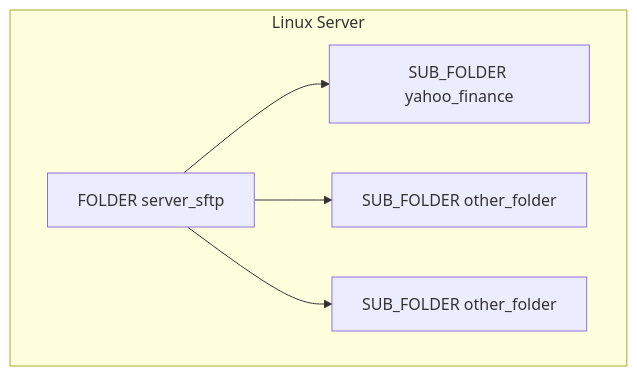
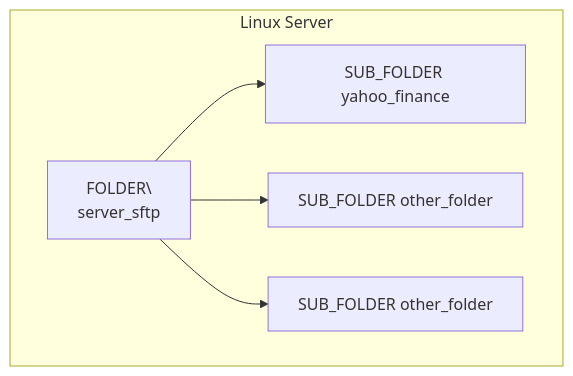
One commit to TrulyDigital/DATA_STREET changed the second of 3 diagrams in server_sftp/README.md. Above: the diagram before and after it, drawn with Mermaid.

Commit message:
update: server_sftp README.md

````diff
--- a/server_sftp/README.md
+++ b/server_sftp/README.md
@@ -14,13 +14,13 @@
 ```mermaid
 graph TD
     subgraph Contenedor_A [Linux Server]
-        A1[FOLDER server_sftp]
+        A1[FOLDER\<br/> server_sftp]
         A2[SUB_FOLDER yahoo_finance]
         A3[SUB_FOLDER other_folder]
         A4[SUB_FOLDER other_folder]
     end
 
     A1 --> A2
     A1 --> A3
     A1 --> A4
 ```
````
